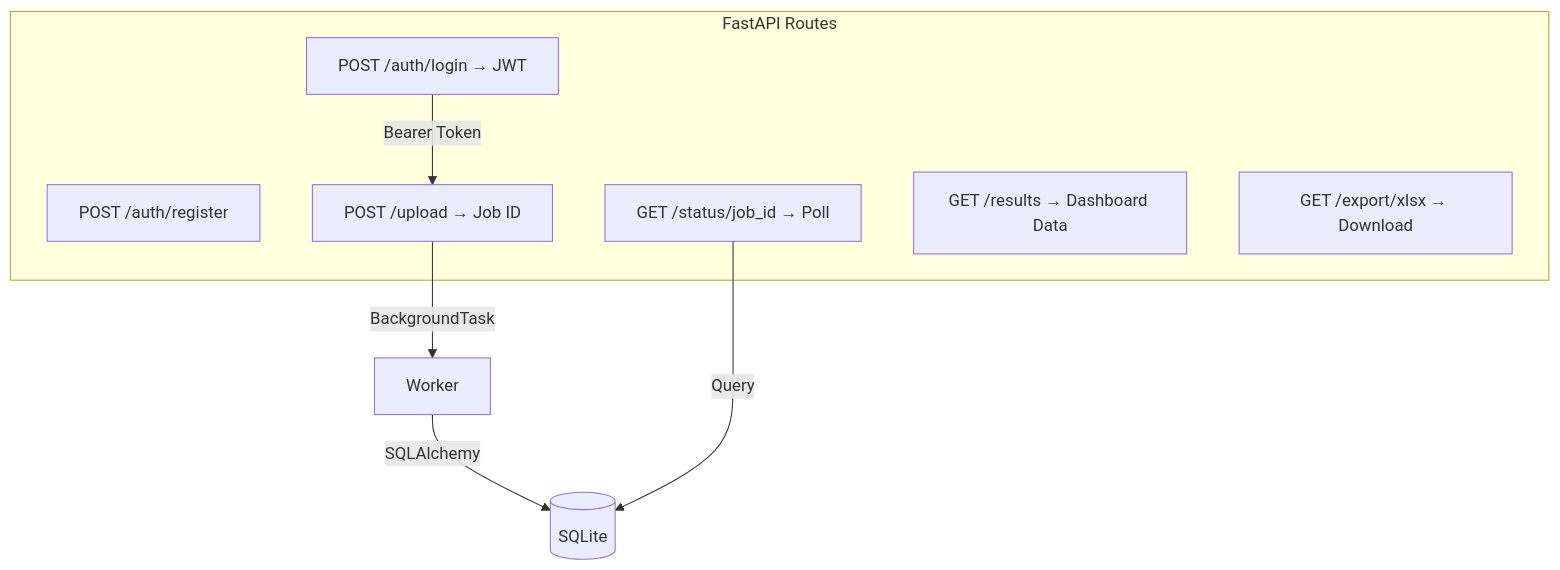
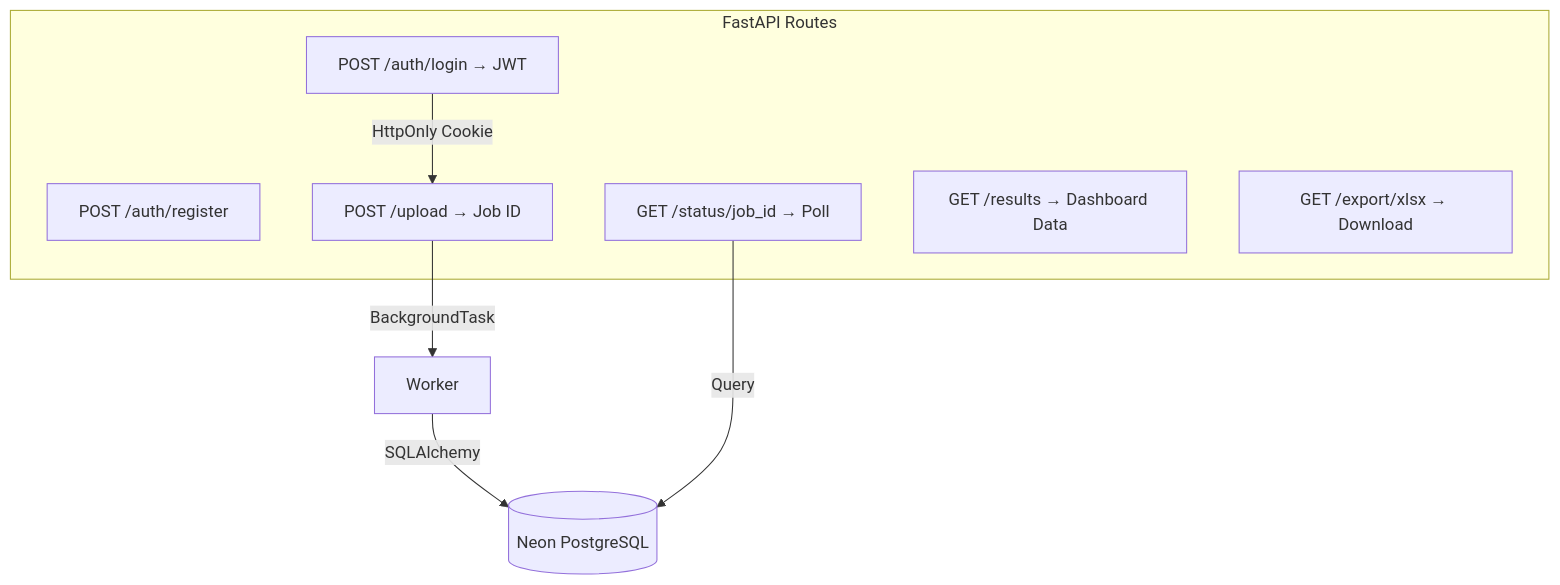
Before and after one commit to VRCHAMPION/gst_invoice_scanner: the second of 4 diagrams in ARCHITECTURE.md, drawn with Mermaid. The commit also changed other lines of this file, not shown here.

````diff
--- a/ARCHITECTURE.md
+++ b/ARCHITECTURE.md
@@ -100,16 +101,16 @@
 ```mermaid
 flowchart TD
     subgraph FastAPI Routes
         R1[POST /auth/register]
         R2[POST /auth/login → JWT]
         R3[POST /upload → Job ID]
         R4[GET /status/job_id → Poll]
         R5[GET /results → Dashboard Data]
         R6[GET /export/xlsx → Download]
     end
 
-    R2 -->|Bearer Token| R3
+    R2 -->|HttpOnly Cookie| R3
     R3 -->|BackgroundTask| Worker
-    Worker -->|SQLAlchemy| DB[(SQLite)]
+    Worker -->|SQLAlchemy| DB[(Neon PostgreSQL)]
     R4 -->|Query| DB
 ```
````
